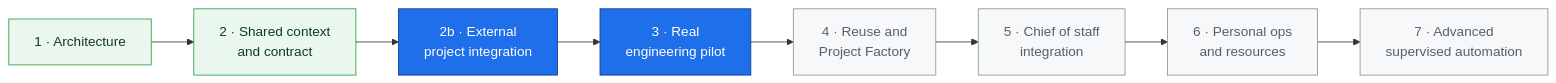
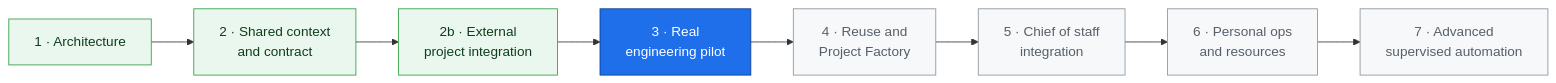
Diagram 13 of 13 in README.md (AbhiramYanamandra/karen-os), drawn with Mermaid before and after one commit. The commit also changed other lines of this file and 3 other files, not shown here.

First line of the commit message:
docs: roadmap housekeeping after the Macropad pilot

````diff
--- a/README.md
+++ b/README.md
@@ -569,17 +569,17 @@
 ```mermaid
 flowchart LR
     P1["1 · Architecture"] --> P2["2 · Shared context<br/>and contract"]
     P2 --> P2B["2b · External<br/>project integration"]
     P2B --> P3["3 · Real<br/>engineering pilot"]
     P3 --> P4["4 · Reuse and<br/>Project Factory"]
     P4 --> P5["5 · Chief of staff<br/>integration"]
     P5 --> P6["6 · Personal ops<br/>and resources"]
     P6 --> P7["7 · Advanced<br/>supervised automation"]
 
     classDef done fill:#eaf7ee,stroke:#2ea043,color:#0f3d1c
     classDef now fill:#1f6feb,stroke:#0b3d91,color:#ffffff
     classDef later fill:#f6f8fa,stroke:#8c959f,color:#57606a
-    class P1,P2 done
-    class P2B,P3 now
+    class P1,P2,P2B done
+    class P3 now
     class P4,P5,P6,P7 later
 ```
````
